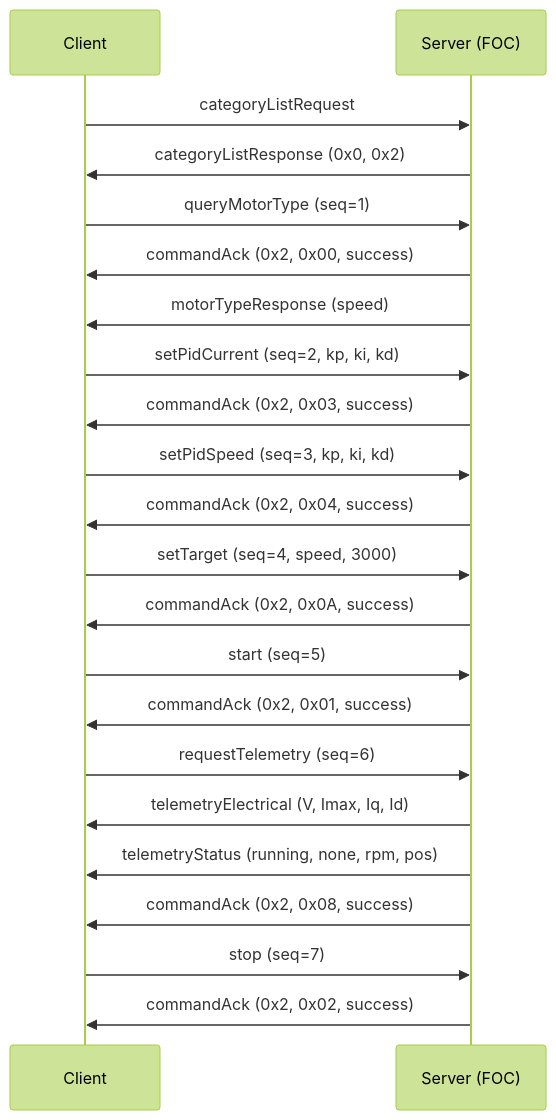
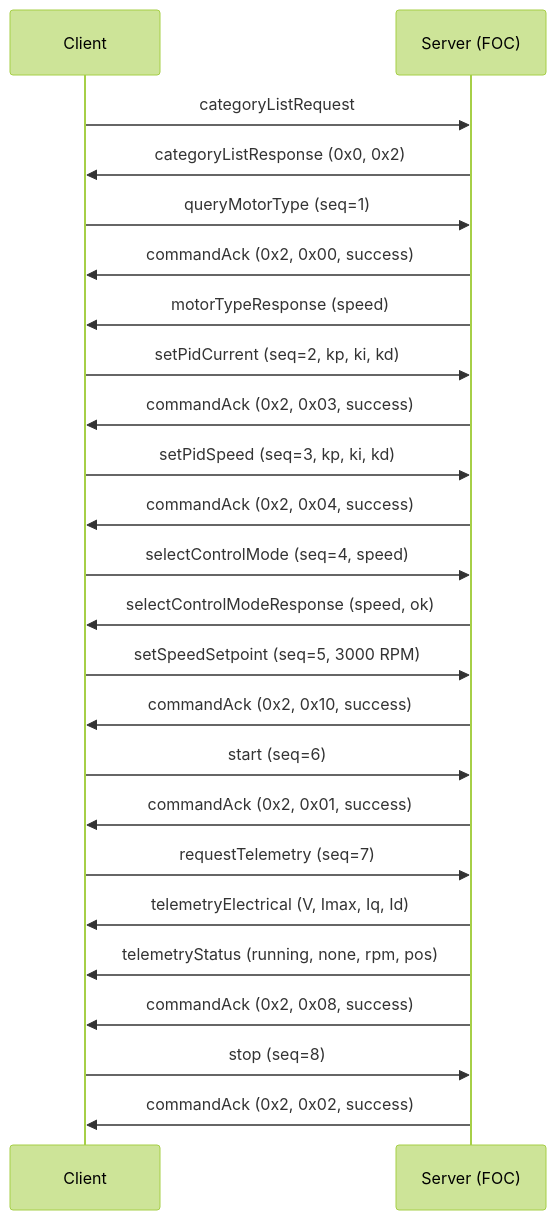
One commit to embedded-pro/can-lite changed the first of 2 diagrams in documents/spec/foc-motor-control.md. Above: the diagram before and after it, drawn with Mermaid (forest theme). The commit also changed other lines of this file and 10 other files, not shown here.

````diff
--- a/documents/spec/foc-motor-control.md
+++ b/documents/spec/foc-motor-control.md
@@ -307,32 +376,35 @@
 ```mermaid
 sequenceDiagram
     participant C as Client
     participant S as Server (FOC)
 
     C->>S: categoryListRequest
     S->>C: categoryListResponse (0x0, 0x2)
 
     C->>S: queryMotorType (seq=1)
     S->>C: commandAck (0x2, 0x00, success)
     S->>C: motorTypeResponse (speed)
 
     C->>S: setPidCurrent (seq=2, kp, ki, kd)
     S->>C: commandAck (0x2, 0x03, success)
 
     C->>S: setPidSpeed (seq=3, kp, ki, kd)
     S->>C: commandAck (0x2, 0x04, success)
 
-    C->>S: setTarget (seq=4, speed, 3000)
-    S->>C: commandAck (0x2, 0x0A, success)
+    C->>S: selectControlMode (seq=4, speed)
+    S->>C: selectControlModeResponse (speed, ok)
 
-    C->>S: start (seq=5)
+    C->>S: setSpeedSetpoint (seq=5, 3000 RPM)
+    S->>C: commandAck (0x2, 0x10, success)
+
+    C->>S: start (seq=6)
     S->>C: commandAck (0x2, 0x01, success)
 
-    C->>S: requestTelemetry (seq=6)
+    C->>S: requestTelemetry (seq=7)
     S->>C: telemetryElectrical (V, Imax, Iq, Id)
     S->>C: telemetryStatus (running, none, rpm, pos)
     S->>C: commandAck (0x2, 0x08, success)
 
-    C->>S: stop (seq=7)
+    C->>S: stop (seq=8)
     S->>C: commandAck (0x2, 0x02, success)
 ```
````
